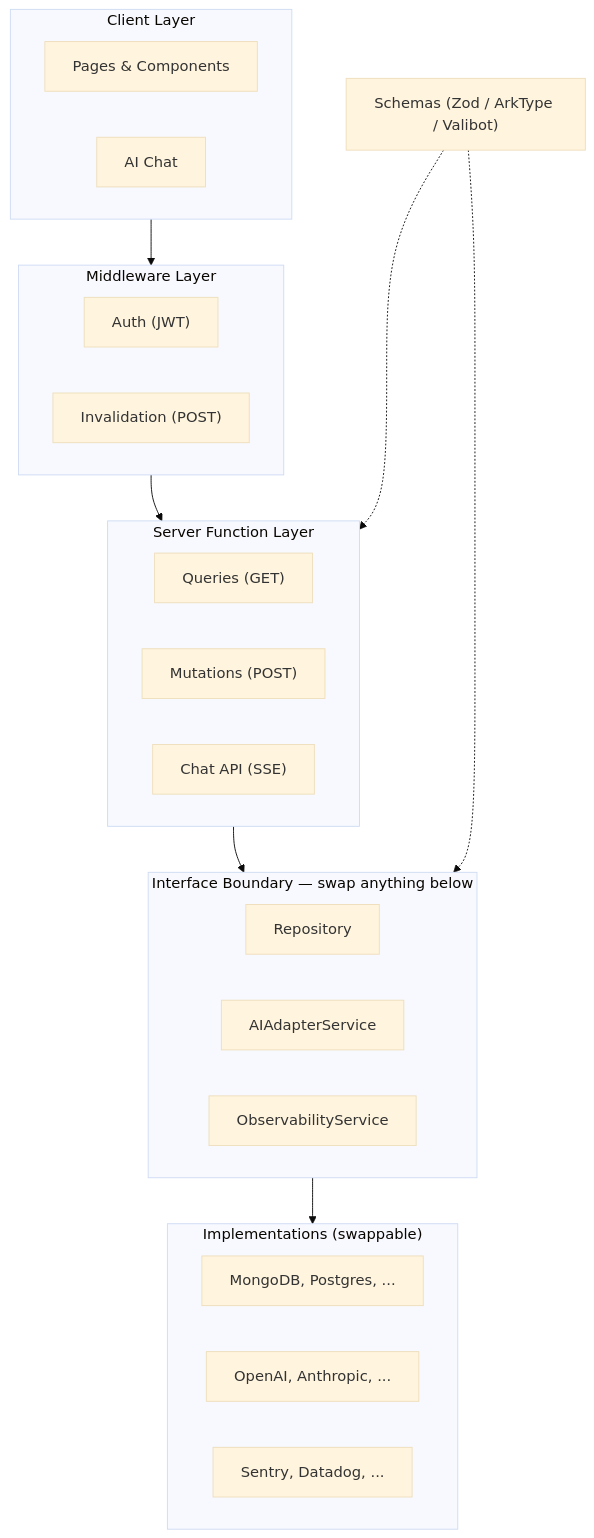
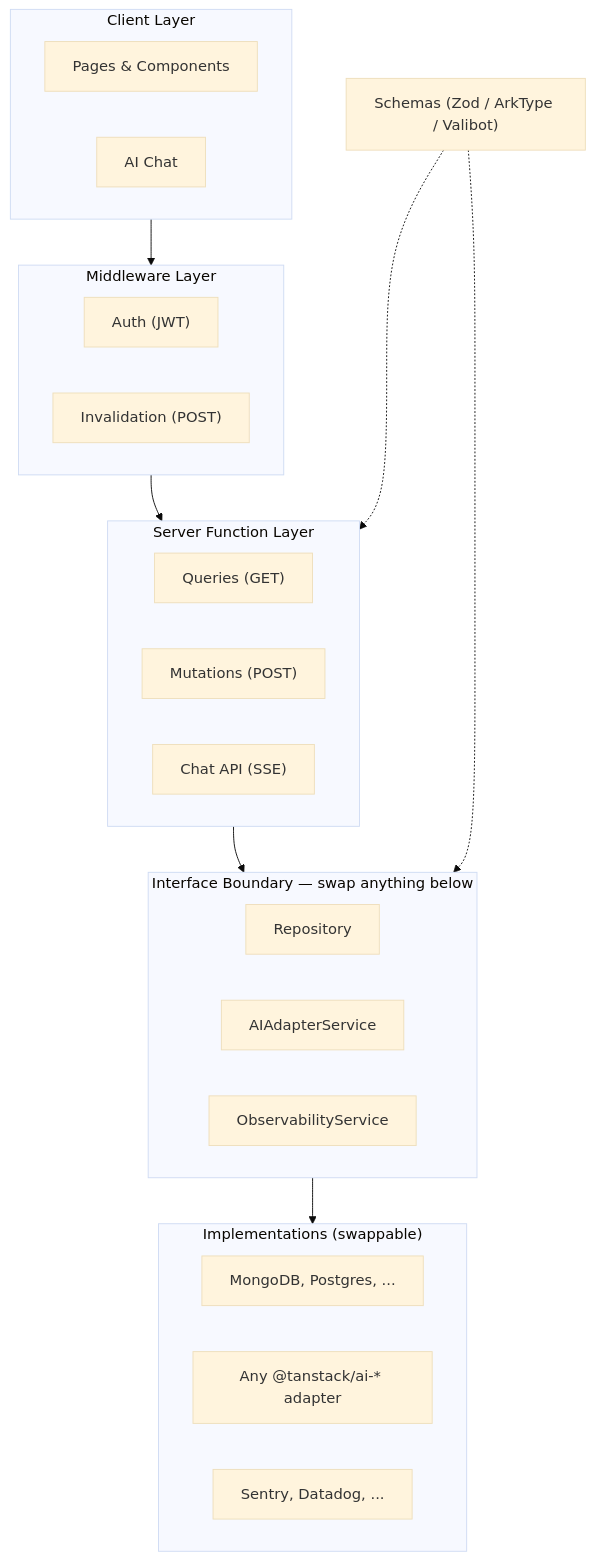
One commit to carlosvin/tanstack-fullstack-ai-template changed the diagram in README.md. Above: the diagram before and after it, drawn with Mermaid (base theme). The commit also changed other lines of this file and 6 other files, not shown here.

````diff
--- a/README.md
+++ b/README.md
@@ -85,43 +85,43 @@
 ```mermaid
 flowchart TB
     subgraph Client ["Client Layer"]
         direction LR
         Pages["Pages & Components"]
         Chat["AI Chat"]
     end
 
     subgraph Mid ["Middleware Layer"]
         direction LR
         AuthMW["Auth (JWT)"]
         InvMW["Invalidation (POST)"]
     end
 
     subgraph Server ["Server Function Layer"]
         direction LR
         GET["Queries (GET)"]
         POST["Mutations (POST)"]
         SSE["Chat API (SSE)"]
     end
 
     subgraph Boundary ["Interface Boundary — swap anything below"]
         direction LR
         Repo["Repository"]
         AI["AIAdapterService"]
         Obs["ObservabilityService"]
     end
 
     subgraph Impl ["Implementations (swappable)"]
         direction LR
         DB["MongoDB, Postgres, ..."]
-        LLM["OpenAI, Anthropic, ..."]
+        LLM["Any @tanstack/ai-* adapter"]
         Mon["Sentry, Datadog, ..."]
     end
 
     Schemas["Schemas (Zod / ArkType / Valibot)"]
 
     Client --> Mid --> Server
     Server --> Boundary
     Boundary --> Impl
     Schemas -..-> Server
     Schemas -..-> Boundary
 ```
````
